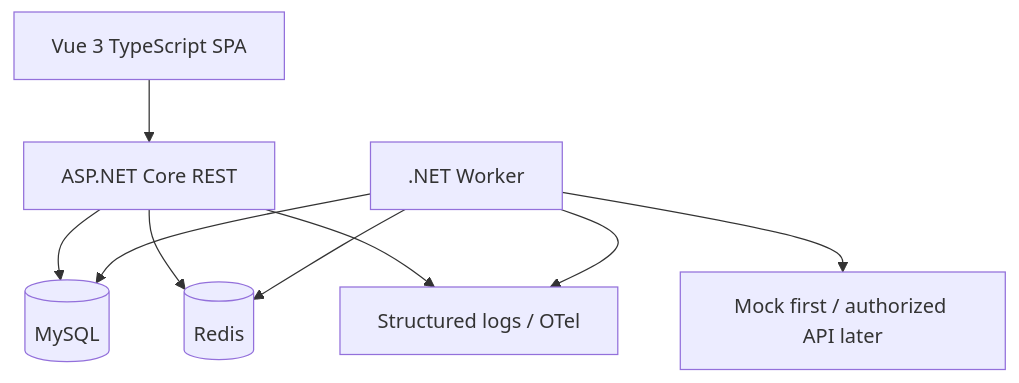
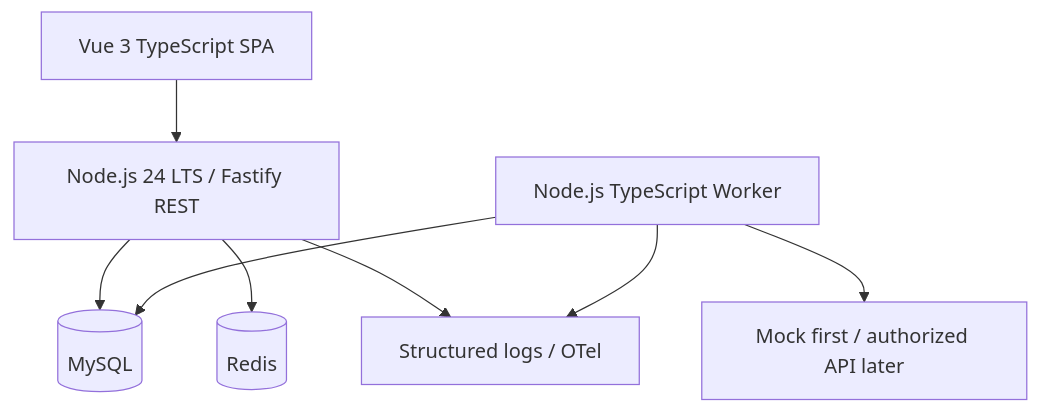
One commit to ngoclp2000/mmo changed the second of 3 diagrams in docs/04-c4-architecture.md. Above: the diagram before and after it, drawn with Mermaid. The commit also changed other lines of this file and 61 other files, not shown here.

````diff
--- a/docs/04-c4-architecture.md
+++ b/docs/04-c4-architecture.md
@@ -15,11 +15,10 @@
 ```mermaid
 flowchart TB
- Browser[Vue 3 TypeScript SPA] --> API[ASP.NET Core REST]
+ Browser[Vue 3 TypeScript SPA] --> API[Node.js 24 LTS / Fastify REST]
  API --> SQL[(MySQL)]
  API --> Cache[(Redis)]
- Worker[.NET Worker] --> SQL
- Worker --> Cache
+ Worker[Node.js TypeScript Worker] --> SQL
  Worker --> Adapter[Mock first / authorized API later]
  API --> Telemetry[Structured logs / OTel]
  Worker --> Telemetry
 ```
````
